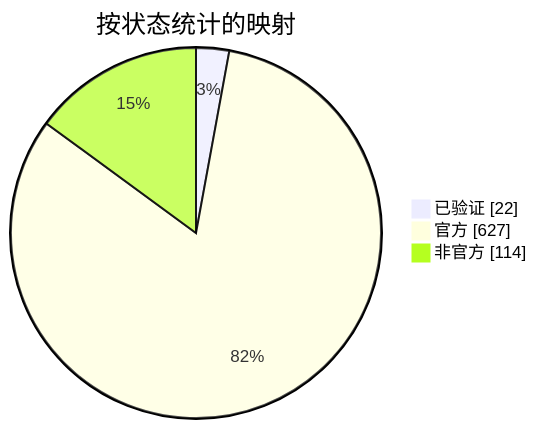
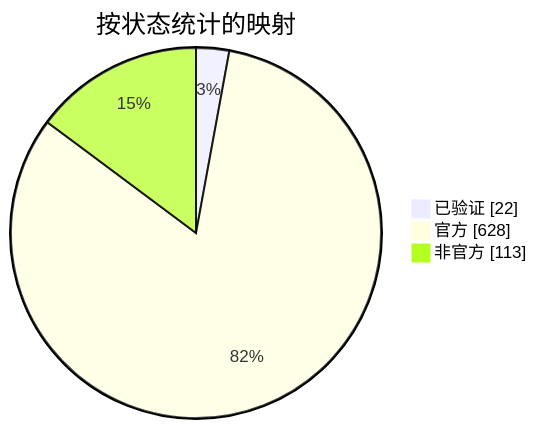
One commit to nobrega8/mbmap-library changed the diagram in docs/readme/README_ZHS.md. Above: the diagram before and after it, drawn with Mermaid. The commit also changed 6 other files, not shown here.

````diff
--- a/docs/readme/README_ZHS.md
+++ b/docs/readme/README_ZHS.md
@@ -54,7 +54,7 @@
 ```mermaid
 pie showData
     title 按状态统计的映射
     "已验证" : 22
-    "官方" : 627
-    "非官方" : 114
+    "官方" : 628
+    "非官方" : 113
 ```
````
